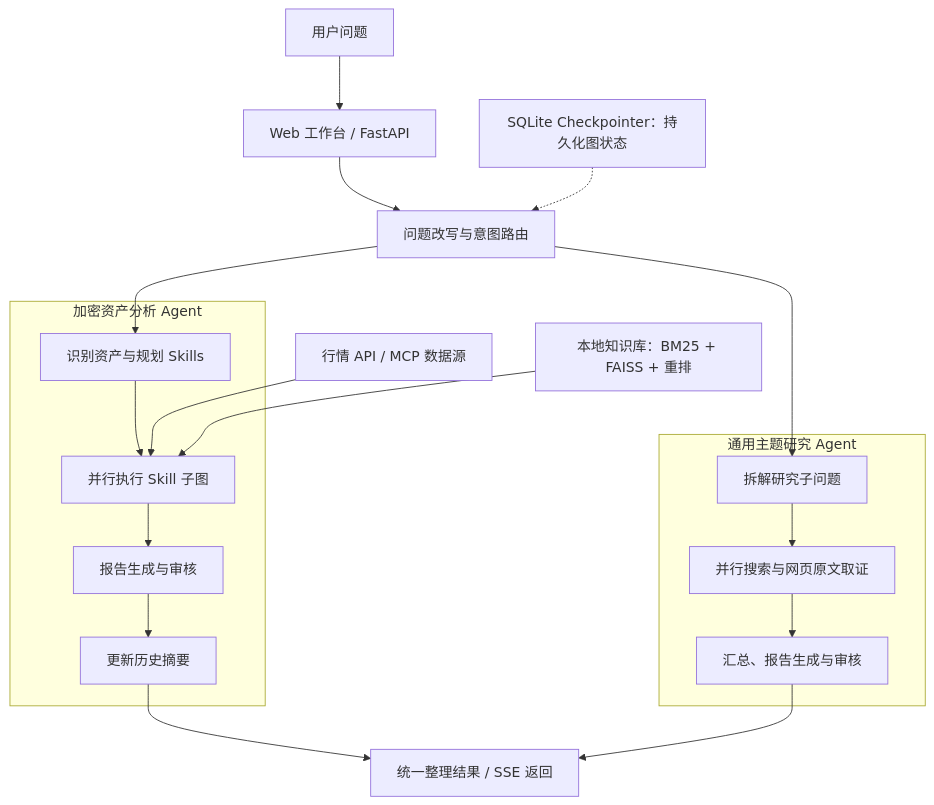
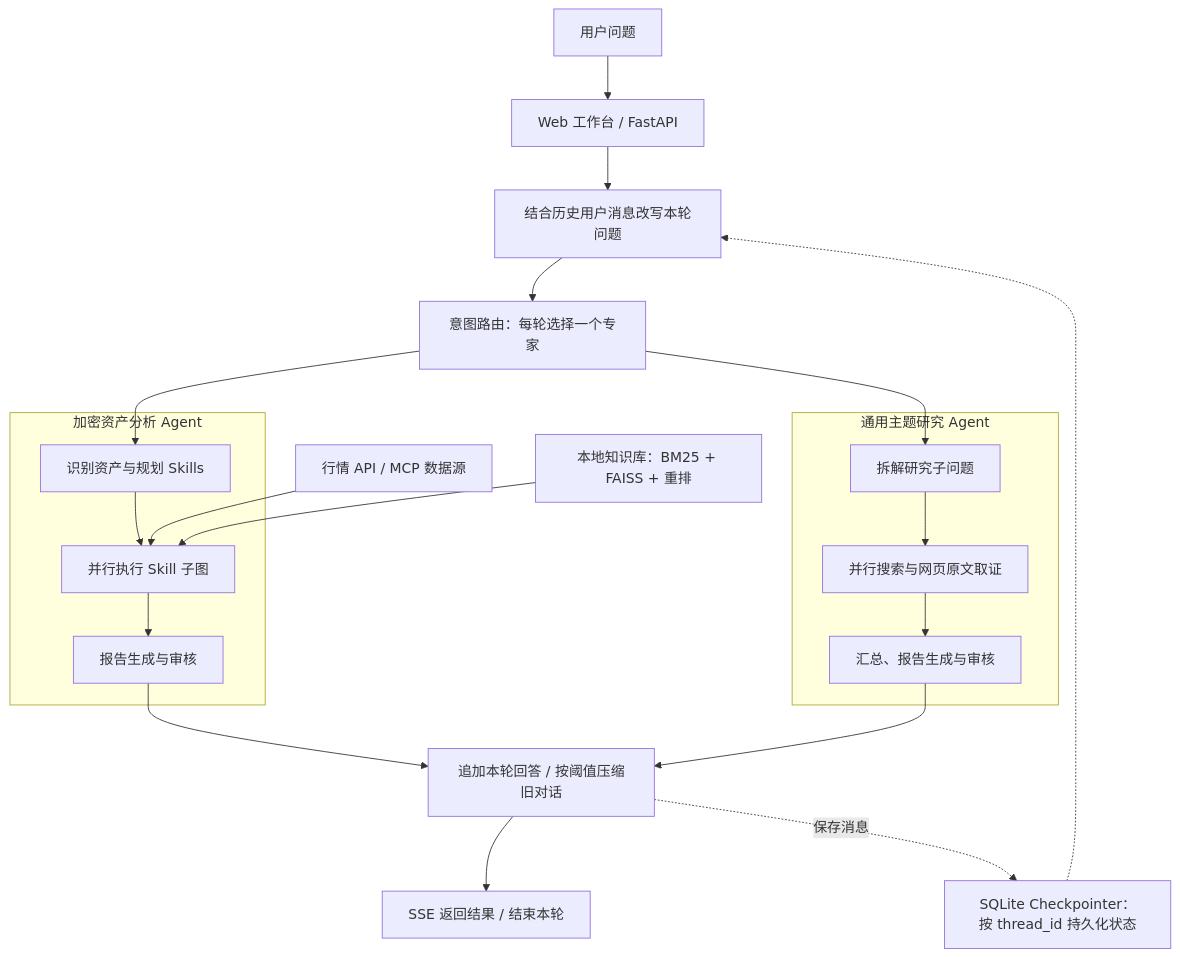
One commit to Huang731/crypto-analysis-agent changed the diagram in README.md. Above: the diagram before and after it, drawn with Mermaid. The commit also changed other lines of this file, not shown here.

Commit message:
refactor: update README to clarify system architecture and enhance descriptions of conversation memory management; improve flowchart representation of agent interactions and refine skill execution details

````diff
--- a/README.md
+++ b/README.md
@@ -66,24 +66,26 @@
 ```mermaid
 flowchart TD
     U["用户问题"] --> API["Web 工作台 / FastAPI"]
-    API --> R["问题改写与意图路由"]
+    API --> Q["结合历史用户消息改写本轮问题"]
+    Q --> R["意图路由：每轮选择一个专家"]
 
     subgraph Crypto["加密资产分析 Agent"]
         CP["识别资产与规划 Skills"] --> CS["并行执行 Skill 子图"]
         CS --> CW["报告生成与审核"]
-        CW --> CM["更新历史摘要"]
     end
 
     subgraph Topic["通用主题研究 Agent"]
         TP["拆解研究子问题"] --> TS["并行搜索与网页原文取证"]
         TS --> TW["汇总、报告生成与审核"]
     end
 
     R --> CP
     R --> TP
     D["行情 API / MCP 数据源"] --> CS
     K["本地知识库：BM25 + FAISS + 重排"] --> CS
-    CM --> O["统一整理结果 / SSE 返回"]
-    TW --> O
-    M["SQLite Checkpointer：持久化图状态"] -.-> R
+    CW --> H["追加本轮回答 / 按阈值压缩旧对话"]
+    TW --> H
+    H --> O["SSE 返回结果 / 结束本轮"]
+    M["SQLite Checkpointer：按 thread_id 持久化状态"] -.-> Q
+    H -.保存消息.-> M
 ```
````
